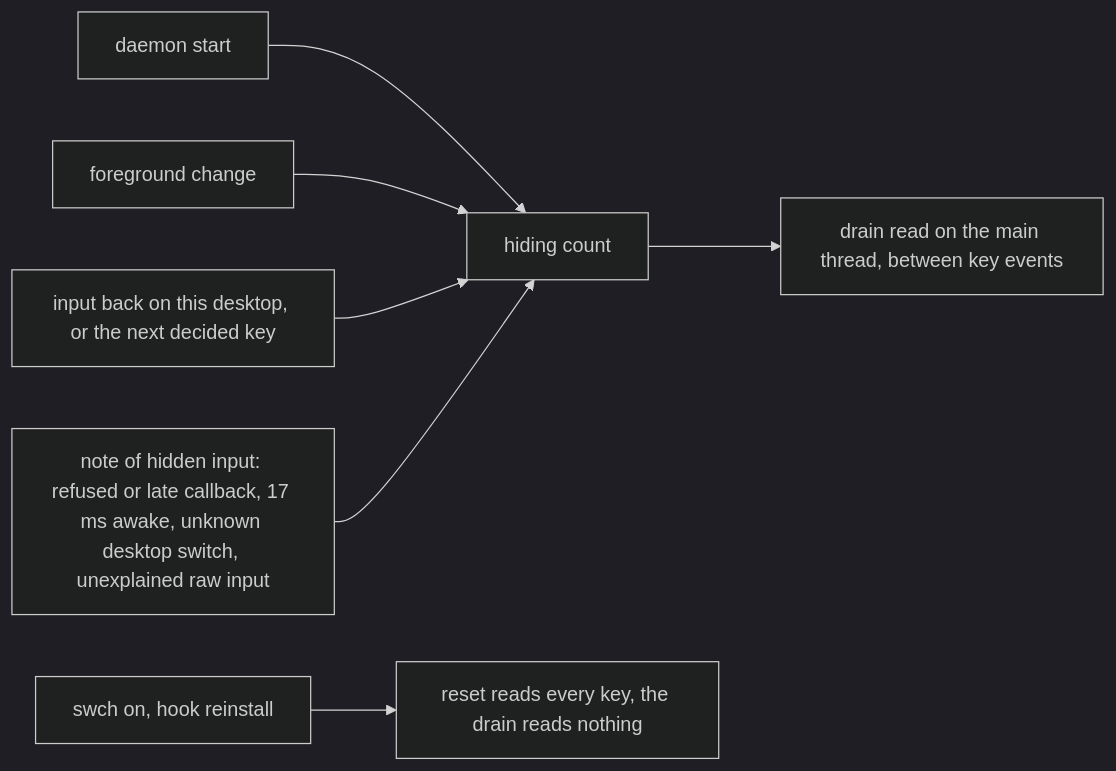
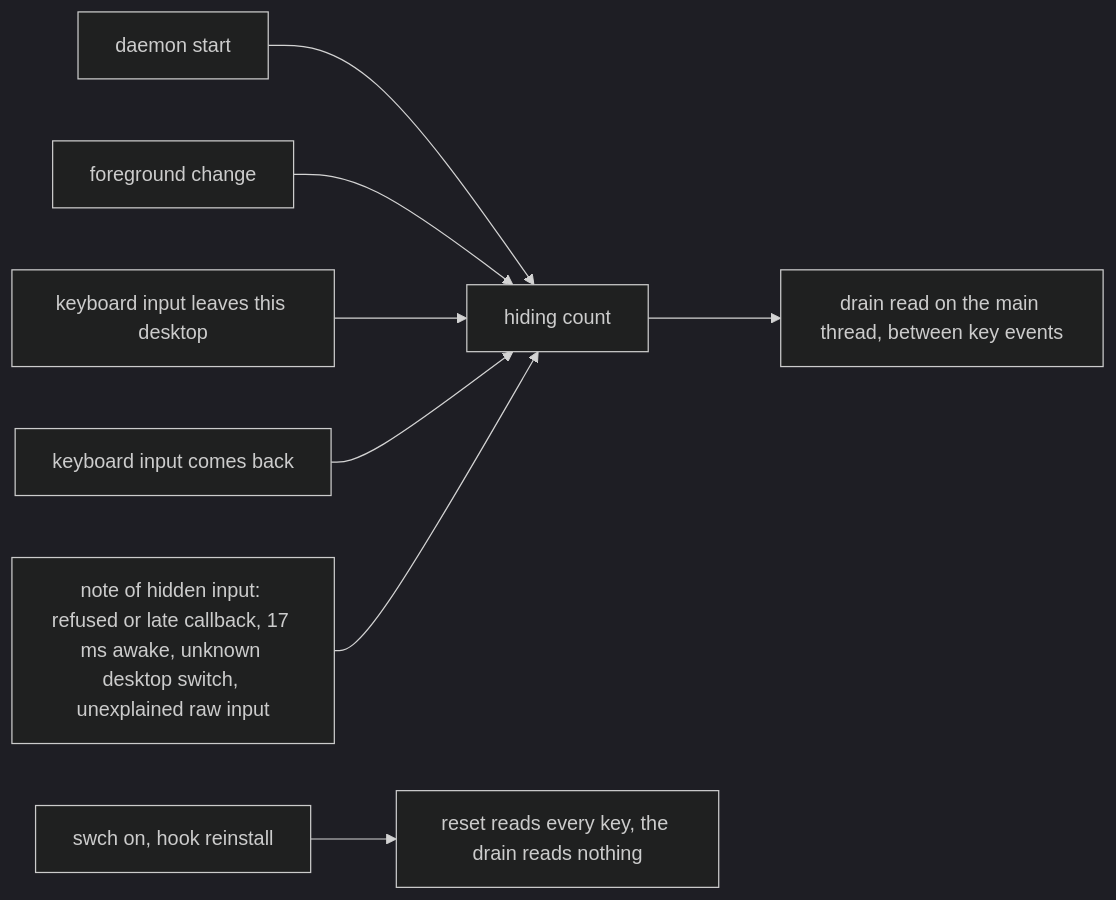
Before and after one commit to bluesteelll/key-switch-rs: the fifth of 8 diagrams in book/src/architecture.md, drawn with Mermaid (dark theme). The commit also changed other lines of this file and 9 other files, not shown here.

First line of the commit message:
Docs: fix round of the book sync after roadmap 2.5

````diff
--- a/book/src/architecture.md
+++ b/book/src/architecture.md
@@ -316,9 +316,10 @@
 ```mermaid
 flowchart LR
     ST["daemon start"] --> HC["hiding count"]
     FG["foreground change"] --> HC
-    BACK["input back on this desktop, or the next decided key"] --> HC
+    LEFT["keyboard input leaves this desktop"] --> HC
+    BACK["keyboard input comes back"] --> HC
     NOTE["note of hidden input: refused or late callback, 17 ms awake, unknown desktop switch, unexplained raw input"] --> HC
     HC --> DR["drain read on the main thread, between key events"]
     ON["swch on, hook reinstall"] --> ALL["reset reads every key, the drain reads nothing"]
 ```
````
